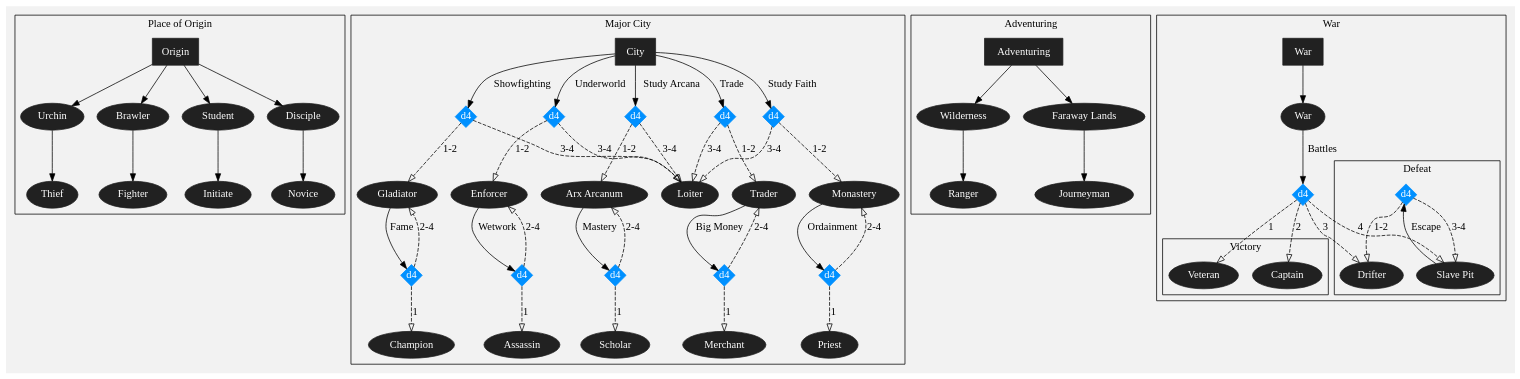
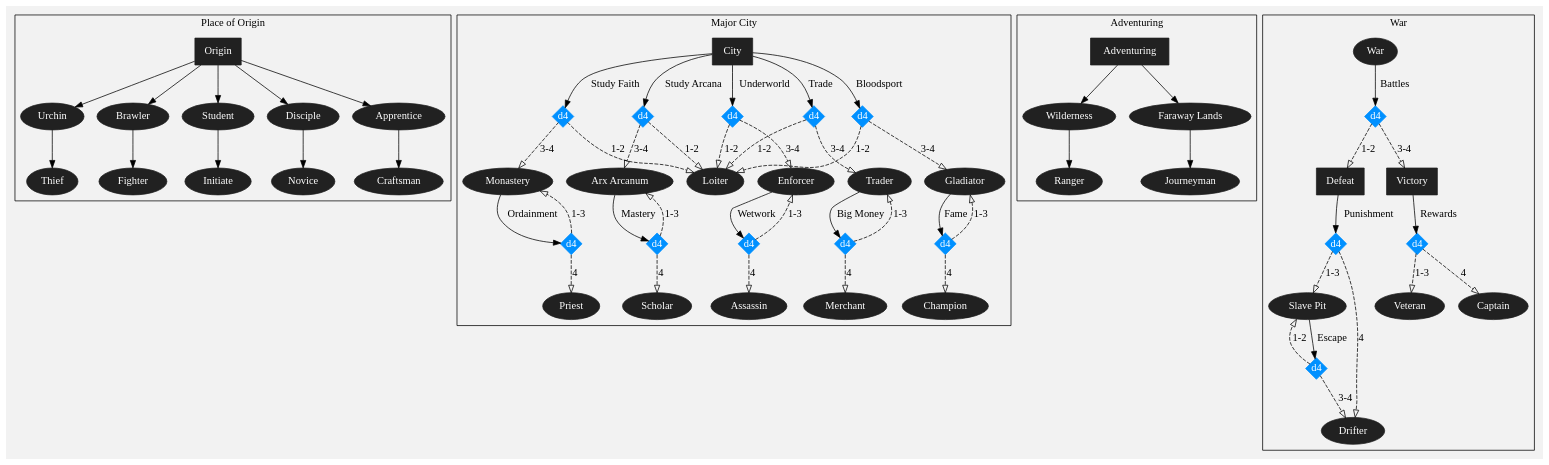
Before and after one commit to seance/paraverse: the diagram in life-path.dot, drawn with Graphviz.

Commit message:
Work in progress

```diff
--- a/life-path.dot
+++ b/life-path.dot
@@ -1,135 +1,110 @@
 digraph {
     graph [compound=true, layout=dot, overlap=false, bgcolor="#f2f2f2"];
     node [style=filled, color="#212121", fontcolor="#ffffff"];
-    edge [len=1.2];
 
     subgraph cluster_origin {
         label="Place of Origin";
 
         "Origin" [shape=box];
 
+        "Origin" -> "Apprentice" -> "Craftsman";
         "Origin" -> "Urchin" -> "Thief";
         "Origin" -> "Brawler" -> "Fighter";
         "Origin" -> "Student" -> "Initiate";
         "Origin" -> "Disciple" -> "Novice";
     }
 
     subgraph cluster_city {
         label="Major City";
 
         "City" [shape=box];
 
         "City" -> city_college_loiter [label="Study Arcana"];
         city_college_loiter [label="d4", shape=diamond, style=filled, color="#0090ff", width=0.4, height=0.4, fixedsize=true];
-        city_college_loiter -> "Arx Arcanum" [style=dashed, arrowhead=empty, label="1-2"];
-        city_college_loiter -> "Loiter" [style=dashed, arrowhead=empty, label="3-4"];
+        city_college_loiter -> "Loiter" [style=dashed, arrowhead=empty, label="1-2"];
+        city_college_loiter -> "Arx Arcanum" [style=dashed, arrowhead=empty, label="3-4"];
 
         "Arx Arcanum" -> college_scholar_college [label="Mastery"];
         college_scholar_college [label="d4", shape=diamond, style=filled, color="#0090ff", width=0.4, height=0.4, fixedsize=true];
-        college_scholar_college -> "Scholar" [style=dashed, arrowhead=empty, label="1"];
-        college_scholar_college -> "Arx Arcanum" [style=dashed, arrowhead=empty, label="2-4"];
+        college_scholar_college -> "Arx Arcanum" [style=dashed, arrowhead=empty, label="1-3"];
+        college_scholar_college -> "Scholar" [style=dashed, arrowhead=empty, label="4"];
 
         "City" -> city_monastery_loiter [label="Study Faith"];
         city_monastery_loiter [label="d4", shape=diamond, style=filled, color="#0090ff", width=0.4, height=0.4, fixedsize=true];
-        city_monastery_loiter -> "Monastery" [style=dashed, arrowhead=empty, label="1-2"];
-        city_monastery_loiter -> "Loiter" [style=dashed, arrowhead=empty, label="3-4"];
+        city_monastery_loiter -> "Loiter" [style=dashed, arrowhead=empty, label="1-2"];
+        city_monastery_loiter -> "Monastery" [style=dashed, arrowhead=empty, label="3-4"];
 
         "Monastery" -> monastery_priest_monastery [label="Ordainment"];
         monastery_priest_monastery [label="d4", shape=diamond, style=filled, color="#0090ff", width=0.4, height=0.4, fixedsize=true];
-        monastery_priest_monastery -> "Priest" [style=dashed, arrowhead=empty, label="1"];
-        monastery_priest_monastery -> "Monastery" [style=dashed, arrowhead=empty, label="2-4"];
+        monastery_priest_monastery -> "Monastery" [style=dashed, arrowhead=empty, label="1-3"];
+        monastery_priest_monastery -> "Priest" [style=dashed, arrowhead=empty, label="4"];
 
-        "City" -> city_gladiator_loiter [label="Showfighting"];
+        "City" -> city_gladiator_loiter [label="Bloodsport"];
         city_gladiator_loiter [label="d4", shape=diamond, style=filled, color="#0090ff", width=0.4, height=0.4, fixedsize=true];
-        city_gladiator_loiter -> "Gladiator" [style=dashed, arrowhead=empty, label="1-2"];
-        city_gladiator_loiter -> "Loiter" [style=dashed, arrowhead=empty, label="3-4"];
+        city_gladiator_loiter -> "Loiter" [style=dashed, arrowhead=empty, label="1-2"];
+        city_gladiator_loiter -> "Gladiator" [style=dashed, arrowhead=empty, label="3-4"];
 
         "Gladiator" -> gladiator_chamption_gladiator [label="Fame"];
         gladiator_chamption_gladiator [label="d4", shape=diamond, style=filled, color="#0090ff", width=0.4, height=0.4, fixedsize=true];
-        gladiator_chamption_gladiator -> "Champion" [style=dashed, arrowhead=empty, label="1"];
-        gladiator_chamption_gladiator -> "Gladiator" [style=dashed, arrowhead=empty, label="2-4"];
+        gladiator_chamption_gladiator -> "Gladiator" [style=dashed, arrowhead=empty, label="1-3"];
+        gladiator_chamption_gladiator -> "Champion" [style=dashed, arrowhead=empty, label="4"];
 
         "City" -> city_enforcer_loiter [label="Underworld"];
         city_enforcer_loiter [label="d4", shape=diamond, style=filled, color="#0090ff", width=0.4, height=0.4, fixedsize=true];
-        city_enforcer_loiter -> "Enforcer" [style=dashed, arrowhead=empty, label="1-2"];
-        city_enforcer_loiter -> "Loiter" [style=dashed, arrowhead=empty, label="3-4"];
+        city_enforcer_loiter -> "Loiter" [style=dashed, arrowhead=empty, label="1-2"];
+        city_enforcer_loiter -> "Enforcer" [style=dashed, arrowhead=empty, label="3-4"];
 
         "Enforcer" -> enforcer_assassin_enforcer [label="Wetwork"];
         enforcer_assassin_enforcer [label="d4", shape=diamond, style=filled, color="#0090ff", width=0.4, height=0.4, fixedsize=true];
-        enforcer_assassin_enforcer -> "Assassin" [style=dashed, arrowhead=empty, label="1"];
-        enforcer_assassin_enforcer -> "Enforcer" [style=dashed, arrowhead=empty, label="2-4"];
+        enforcer_assassin_enforcer -> "Enforcer" [style=dashed, arrowhead=empty, label="1-3"];
+        enforcer_assassin_enforcer -> "Assassin" [style=dashed, arrowhead=empty, label="4"];
 
         "City" -> city_trader_loiter [label="Trade"];
         city_trader_loiter [label="d4", shape=diamond, style=filled, color="#0090ff", width=0.4, height=0.4, fixedsize=true];
-        city_trader_loiter -> "Trader" [style=dashed, arrowhead=empty, label="1-2"];
-        city_trader_loiter -> "Loiter" [style=dashed, arrowhead=empty, label="3-4"];
+        city_trader_loiter -> "Loiter" [style=dashed, arrowhead=empty, label="1-2"];
+        city_trader_loiter -> "Trader" [style=dashed, arrowhead=empty, label="3-4"];
 
         "Trader" -> trader_merchant_trader [label="Big Money"];
         trader_merchant_trader [label="d4", shape=diamond, style=filled, color="#0090ff", width=0.4, height=0.4, fixedsize=true];
-        trader_merchant_trader -> "Merchant" [style=dashed, arrowhead=empty, label="1"];
-        trader_merchant_trader -> "Trader" [style=dashed, arrowhead=empty, label="2-4"];
+        trader_merchant_trader -> "Trader" [style=dashed, arrowhead=empty, label="1-3"];
+        trader_merchant_trader -> "Merchant" [style=dashed, arrowhead=empty, label="4"];
     }
 
     subgraph cluster_adventuring {
         label="Adventuring";
 
         "Adventuring" [shape=box];
 
         "Adventuring" -> "Wilderness" -> "Ranger";
         "Adventuring" -> "Faraway Lands" -> "Journeyman";
     }
 
     subgraph cluster_war {
         label="War";
 
-        war_root [label="War", shape=box];
-        war_root -> "War";
-
         "War" -> war_won_lost [label="Battles"];
         war_won_lost [label="d4", shape=diamond, style=filled, color="#0090ff", width=0.4, height=0.4, fixedsize=true];
 
-        subgraph cluster_war_victory {
-            label="Victory"
+        "Defeat" [shape=box];
 
-            "Veteran";
-            "Captain";
-        }
+        "Defeat" -> defeat_drifter_slave [label="Punishment"];
+        defeat_drifter_slave [label="d4", shape=diamond, style=filled, color="#0090ff", width=0.4, height=0.4, fixedsize=true];
+        defeat_drifter_slave -> "Slave Pit" [style=dashed, arrowhead=empty, label="1-3"];
+        defeat_drifter_slave -> "Drifter" [style=dashed, arrowhead=empty, label="4"];
 
-        subgraph cluster_war_defeat {
-            label="Defeat"
+        "Slave Pit" -> slave_drifter_slave [label="Escape"];
+        slave_drifter_slave [label="d4", shape=diamond, style=filled, color="#0090ff", width=0.4, height=0.4, fixedsize=true];
+        slave_drifter_slave -> "Slave Pit" [style=dashed, arrowhead=empty, label="1-2"];
+        slave_drifter_slave -> "Drifter" [style=dashed, arrowhead=empty, label="3-4"];
 
-            "Drifter";
-            "Slave Pit";
+        "Victory" [shape=box];
 
-            "Slave Pit" -> slave_drifter_slave [label="Escape"];
-            slave_drifter_slave [label="d4", shape=diamond, style=filled, color="#0090ff", width=0.4, height=0.4, fixedsize=true];
-            slave_drifter_slave -> "Drifter" [style=dashed, arrowhead=empty, label="1-2"];
-            slave_drifter_slave -> "Slave Pit" [style=dashed, arrowhead=empty, label="3-4"];
-        }
+        "Victory" -> victory_veteran_captain [label="Rewards"];
+        victory_veteran_captain [label="d4", shape=diamond, style=filled, color="#0090ff", width=0.4, height=0.4, fixedsize=true];
+        victory_veteran_captain -> "Veteran" [style=dashed, arrowhead=empty, label="1-3"];
+        victory_veteran_captain -> "Captain" [style=dashed, arrowhead=empty, label="4"];
 
-        war_won_lost -> "Veteran" [style=dashed, arrowhead=empty, label="1"];
-        war_won_lost -> "Captain" [style=dashed, arrowhead=empty, label="2"];
-        war_won_lost -> "Drifter" [style=dashed, arrowhead=empty, label="3"];
-        war_won_lost -> "Slave Pit" [style=dashed, arrowhead=empty, label="4"];
+        war_won_lost -> "Defeat" [style=dashed, arrowhead=empty, label="1-2"];
+        war_won_lost -> "Victory" [style=dashed, arrowhead=empty, label="3-4"];
     }
-
-    /* "Origin" -> origin_city_war [label="Leave for City"];
-    origin_city_war [label="d4", shape=diamond, style=filled, color="#0090ff", width=0.4, height=0.4, fixedsize=true];
-    origin_city_war -> "City" [style=dashed, arrowhead=empty, label="1-3"];
-    origin_city_war -> "War" [style=dashed, arrowhead=empty, label="4"];
-
-    "Origin" -> origin_adventuring_war [label="See the World"];
-    origin_adventuring_war [label="d4", shape=diamond, style=filled, color="#0090ff", width=0.4, height=0.4, fixedsize=true];
-    origin_adventuring_war -> "Adventuring" [style=dashed, arrowhead=empty, label="1-3"];
-    origin_adventuring_war -> "War" [style=dashed, arrowhead=empty, label="4"];
-
-    "Adventuring" -> adventuring_city_war [label="Return to City"];
-    adventuring_city_war [label="d4", shape=diamond, style=filled, color="#0090ff", width=0.4, height=0.4, fixedsize=true];
-    adventuring_city_war -> "City" [style=dashed, arrowhead=empty, label="1-3"];
-    adventuring_city_war -> "War" [style=dashed, arrowhead=empty, label="4"];
-
-    "City" -> city_adventuring_war [label="Leave Abroad"];
-    city_adventuring_war [label="d4", shape=diamond, style=filled, color="#0090ff", width=0.4, height=0.4, fixedsize=true];
-    city_adventuring_war -> "Adventuring" [style=dashed, arrowhead=empty, label="1-3"];
-    city_adventuring_war -> "War" [style=dashed, arrowhead=empty, label="4"]; */
 }
```
